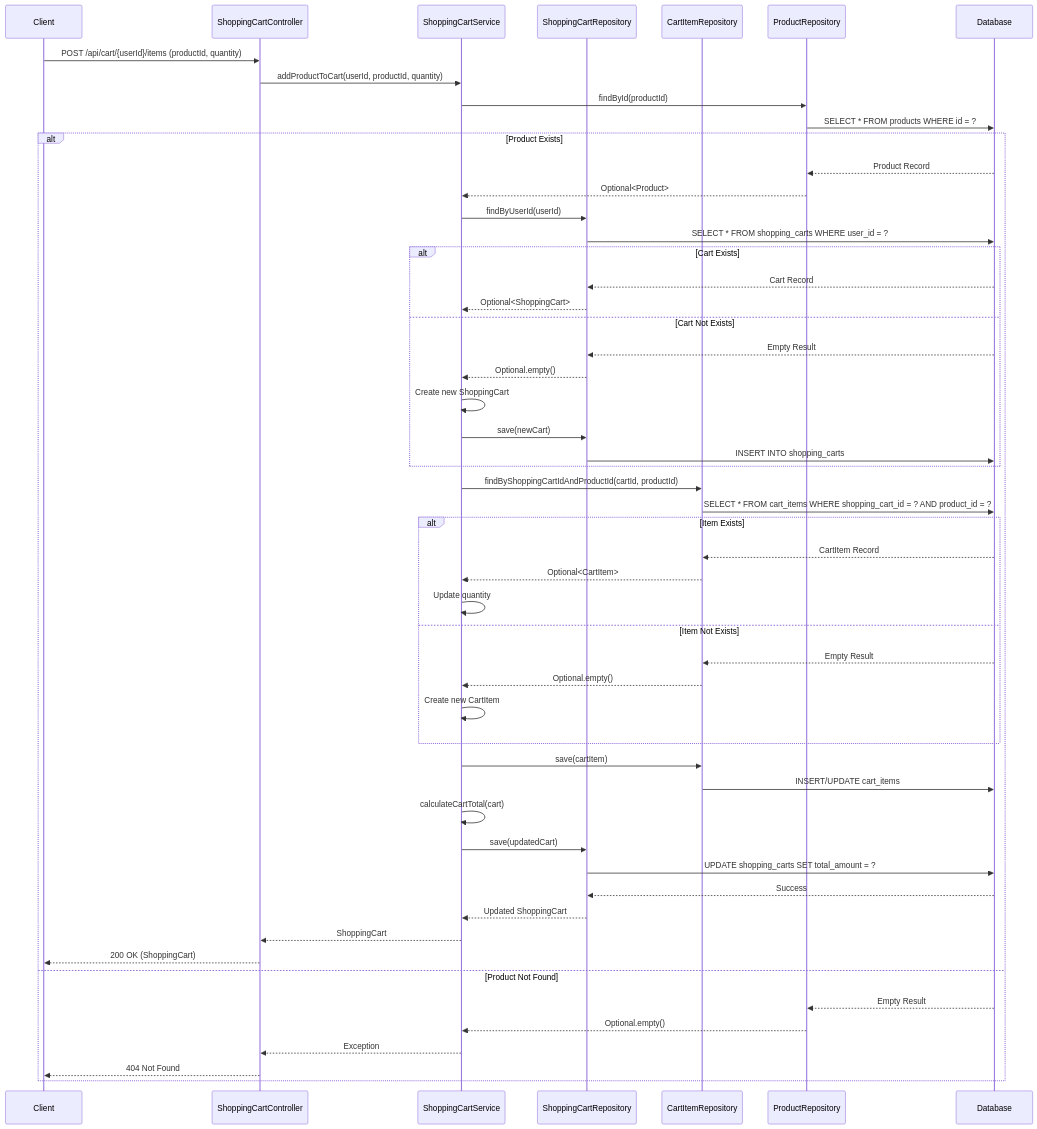
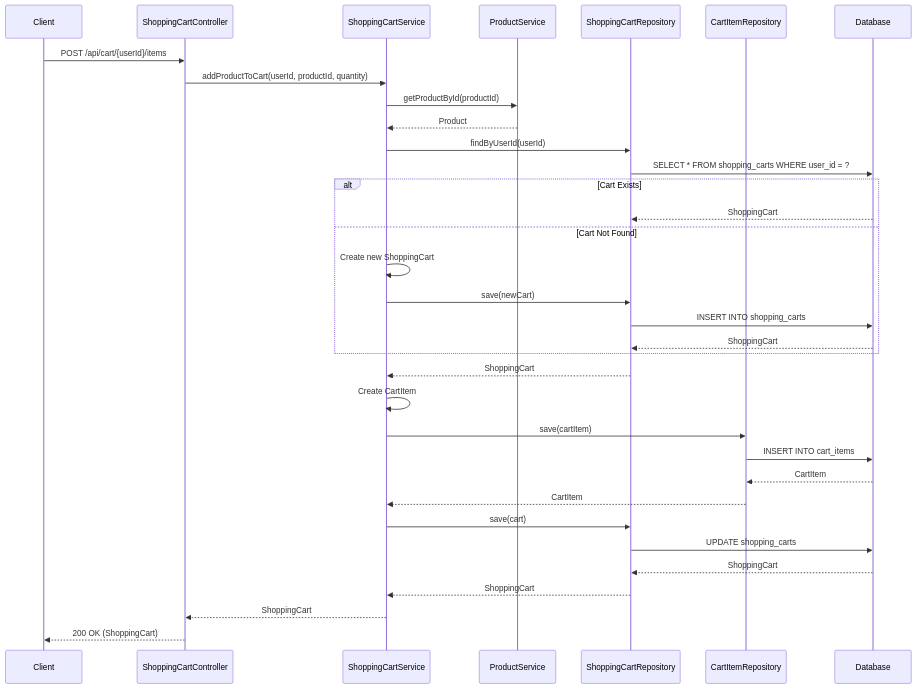
The tenth of 13 diagrams in docs/LLD/modified_lld.md (NavneetBN47/aava-ecom-demo), drawn with Mermaid before and after one commit. The commit also changed other lines of this file, not shown here.

````diff
--- a/docs/LLD/modified_lld.md
+++ b/docs/LLD/modified_lld.md
@@ -342,61 +366,40 @@
 ```mermaid
 sequenceDiagram
     participant Client
     participant ShoppingCartController
     participant ShoppingCartService
+    participant ProductService
     participant ShoppingCartRepository
     participant CartItemRepository
-    participant ProductRepository
     participant Database
 
-    Client->>ShoppingCartController: POST /api/cart/{userId}/items (productId, quantity)
+    Client->>ShoppingCartController: POST /api/cart/{userId}/items
     ShoppingCartController->>ShoppingCartService: addProductToCart(userId, productId, quantity)
-    ShoppingCartService->>ProductRepository: findById(productId)
-    ProductRepository->>Database: SELECT * FROM products WHERE id = ?
+    ShoppingCartService->>ProductService: getProductById(productId)
+    ProductService-->>ShoppingCartService: Product
     
-    alt Product Exists
-        Database-->>ProductRepository: Product Record
-        ProductRepository-->>ShoppingCartService: Optional<Product>
-        ShoppingCartService->>ShoppingCartRepository: findByUserId(userId)
-        ShoppingCartRepository->>Database: SELECT * FROM shopping_carts WHERE user_id = ?
-        
-        alt Cart Exists
-            Database-->>ShoppingCartRepository: Cart Record
-            ShoppingCartRepository-->>ShoppingCartService: Optional<ShoppingCart>
-        else Cart Not Exists
-            Database-->>ShoppingCartRepository: Empty Result
-            ShoppingCartRepository-->>ShoppingCartService: Optional.empty()
-            ShoppingCartService->>ShoppingCartService: Create new ShoppingCart
-            ShoppingCartService->>ShoppingCartRepository: save(newCart)
-            ShoppingCartRepository->>Database: INSERT INTO shopping_carts
-        end
-        
-        ShoppingCartService->>CartItemRepository: findByShoppingCartIdAndProductId(cartId, productId)
-        CartItemRepository->>Database: SELECT * FROM cart_items WHERE shopping_cart_id = ? AND product_id = ?
-        
-        alt Item Exists
-            Database-->>CartItemRepository: CartItem Record
-            CartItemRepository-->>ShoppingCartService: Optional<CartItem>
-            ShoppingCartService->>ShoppingCartService: Update quantity
-        else Item Not Exists
-            Database-->>CartItemRepository: Empty Result
-            CartItemRepository-->>ShoppingCartService: Optional.empty()
-            ShoppingCartService->>ShoppingCartService: Create new CartItem
-        end
-        
-        ShoppingCartService->>CartItemRepository: save(cartItem)
-        CartItemRepository->>Database: INSERT/UPDATE cart_items
-        ShoppingCartService->>ShoppingCartService: calculateCartTotal(cart)
-        ShoppingCartService->>ShoppingCartRepository: save(updatedCart)
-        ShoppingCartRepository->>Database: UPDATE shopping_carts SET total_amount = ?
-        Database-->>ShoppingCartRepository: Success
-        ShoppingCartRepository-->>ShoppingCartService: Updated ShoppingCart
-        ShoppingCartService-->>ShoppingCartController: ShoppingCart
-        ShoppingCartController-->>Client: 200 OK (ShoppingCart)
-    else Product Not Found
-        Database-->>ProductRepository: Empty Result
-        ProductRepository-->>ShoppingCartService: Optional.empty()
-        ShoppingCartService-->>ShoppingCartController: Exception
-        ShoppingCartController-->>Client: 404 Not Found
+    ShoppingCartService->>ShoppingCartRepository: findByUserId(userId)
+    ShoppingCartRepository->>Database: SELECT * FROM shopping_carts WHERE user_id = ?
+    
+    alt Cart Exists
+        Database-->>ShoppingCartRepository: ShoppingCart
+    else Cart Not Found
+        ShoppingCartService->>ShoppingCartService: Create new ShoppingCart
+        ShoppingCartService->>ShoppingCartRepository: save(newCart)
+        ShoppingCartRepository->>Database: INSERT INTO shopping_carts
+        Database-->>ShoppingCartRepository: ShoppingCart
     end
+    
+    ShoppingCartRepository-->>ShoppingCartService: ShoppingCart
+    ShoppingCartService->>ShoppingCartService: Create CartItem
+    ShoppingCartService->>CartItemRepository: save(cartItem)
+    CartItemRepository->>Database: INSERT INTO cart_items
+    Database-->>CartItemRepository: CartItem
+    CartItemRepository-->>ShoppingCartService: CartItem
+    ShoppingCartService->>ShoppingCartRepository: save(cart)
+    ShoppingCartRepository->>Database: UPDATE shopping_carts
+    Database-->>ShoppingCartRepository: ShoppingCart
+    ShoppingCartRepository-->>ShoppingCartService: ShoppingCart
+    ShoppingCartService-->>ShoppingCartController: ShoppingCart
+    ShoppingCartController-->>Client: 200 OK (ShoppingCart)
 ```
````
